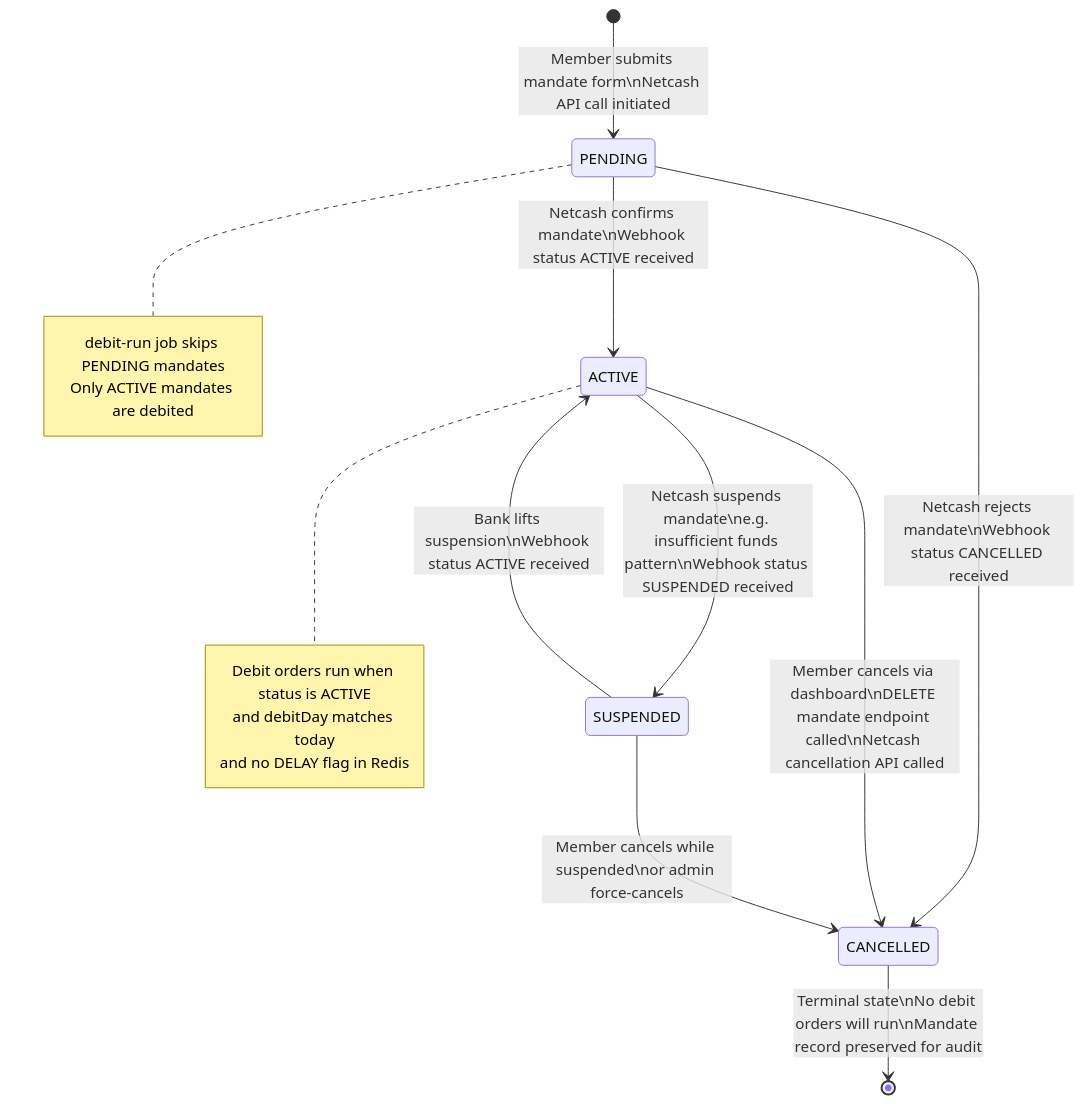
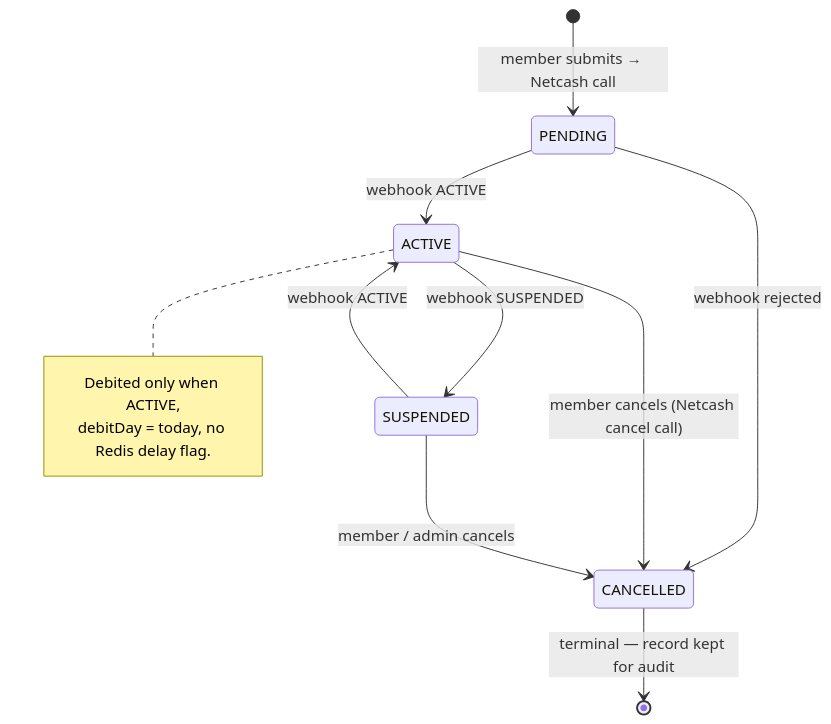
The first of 4 diagrams in docs/flows/02-payment-flow.md (KSDRILL-SA/Xkimi-Xa-Mali), drawn with Mermaid before and after one commit. The commit also changed other lines of this file and 4 other files, not shown here.

First line of the commit message:
docs: tighten flow diagrams and correct stale framing (#190)

````diff
--- a/docs/flows/02-payment-flow.md
+++ b/docs/flows/02-payment-flow.md
@@ -15,29 +9,15 @@
 ```mermaid
 stateDiagram-v2
-    [*] --> PENDING : Member submits mandate form\nNetcash API call initiated
-
-    PENDING --> ACTIVE : Netcash confirms mandate\nWebhook status ACTIVE received
-
-    PENDING --> CANCELLED : Netcash rejects mandate\nWebhook status CANCELLED received
-
-    ACTIVE --> SUSPENDED : Netcash suspends mandate\ne.g. insufficient funds pattern\nWebhook status SUSPENDED received
-
-    ACTIVE --> CANCELLED : Member cancels via dashboard\nDELETE mandate endpoint called\nNetcash cancellation API called
-
-    SUSPENDED --> ACTIVE : Bank lifts suspension\nWebhook status ACTIVE received
-
-    SUSPENDED --> CANCELLED : Member cancels while suspended\nor admin force-cancels
-
-    CANCELLED --> [*] : Terminal state\nNo debit orders will run\nMandate record preserved for audit
-
+    [*] --> PENDING : member submits → Netcash call
+    PENDING --> ACTIVE : webhook ACTIVE
+    PENDING --> CANCELLED : webhook rejected
+    ACTIVE --> SUSPENDED : webhook SUSPENDED
+    ACTIVE --> CANCELLED : member cancels (Netcash cancel call)
+    SUSPENDED --> ACTIVE : webhook ACTIVE
+    SUSPENDED --> CANCELLED : member / admin cancels
+    CANCELLED --> [*] : terminal — record kept for audit
     note right of ACTIVE
-        Debit orders run when status is ACTIVE
-        and debitDay matches today
-        and no DELAY flag in Redis
-    end note
-
-    note right of PENDING
-        debit-run job skips PENDING mandates
-        Only ACTIVE mandates are debited
+        Debited only when ACTIVE,
+        debitDay = today, no Redis delay flag.
     end note
 ```
````
